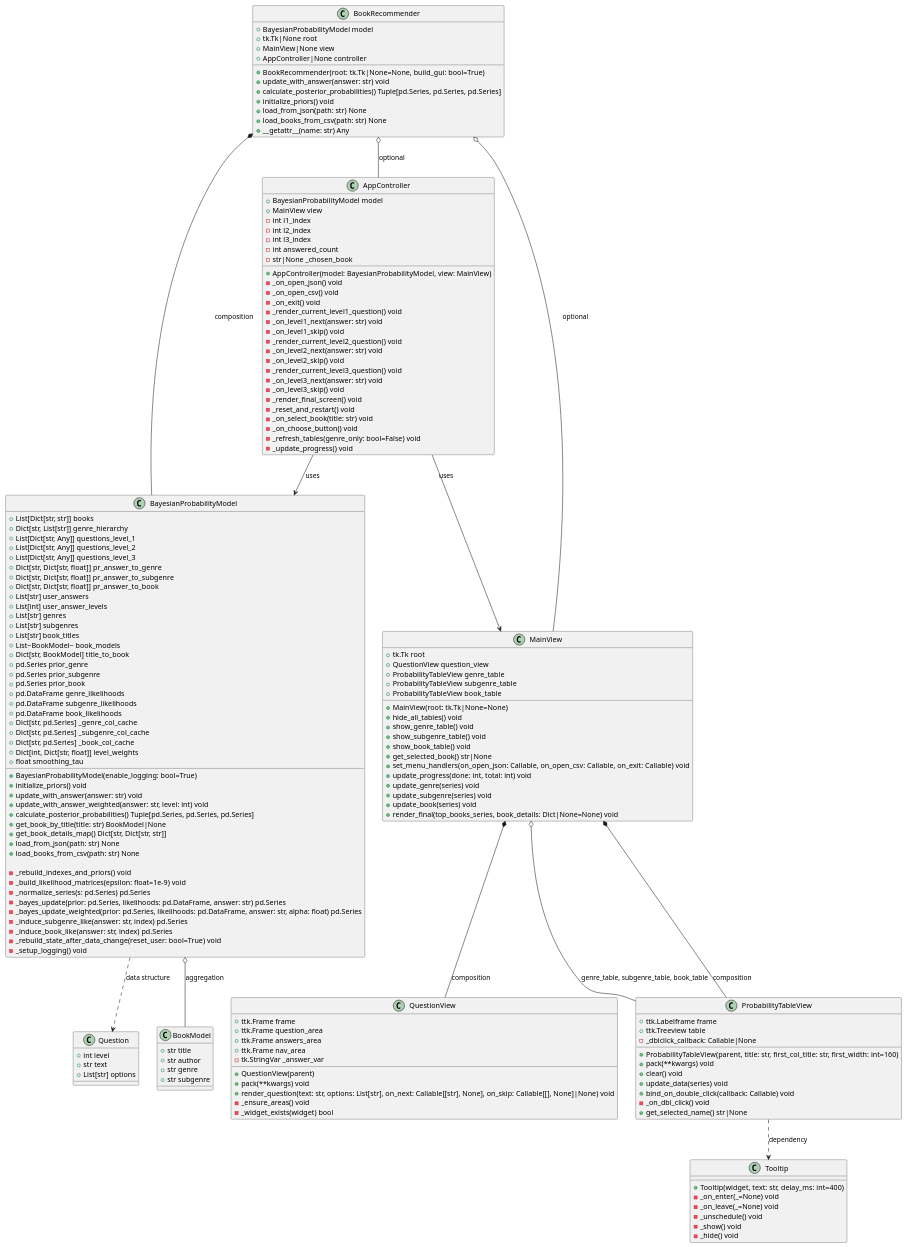
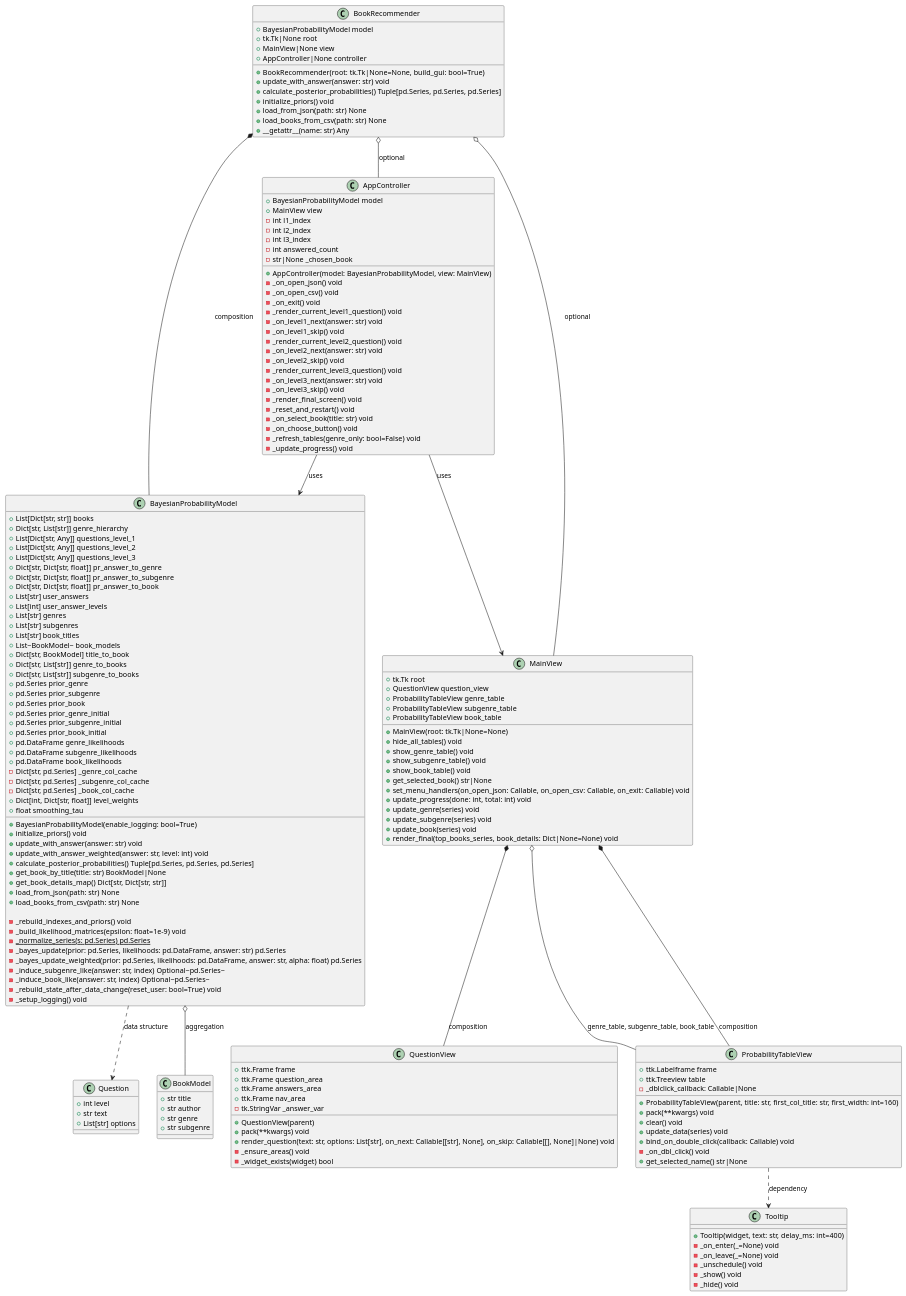
Before and after one commit to valeru19/Decision_support_systems: the diagram in Laba_3_BaiesSystem/UML.puml, drawn with PlantUML.

```diff
--- a/Laba_3_BaiesSystem/UML.puml
+++ b/Laba_3_BaiesSystem/UML.puml
@@ -1,182 +1,187 @@
 @startuml
 
 
 class BookModel {
   +str title
   +str author
   +str genre
   +str subgenre
 }
 
 class Question {
   +int level
   +str text
   +List[str] options
 }
 
 class BayesianProbabilityModel {
   +List[Dict[str, str]] books
   +Dict[str, List[str]] genre_hierarchy
   +List[Dict[str, Any]] questions_level_1
   +List[Dict[str, Any]] questions_level_2
   +List[Dict[str, Any]] questions_level_3
   +Dict[str, Dict[str, float]] pr_answer_to_genre
   +Dict[str, Dict[str, float]] pr_answer_to_subgenre
   +Dict[str, Dict[str, float]] pr_answer_to_book
   +List[str] user_answers
   +List[int] user_answer_levels
   +List[str] genres
   +List[str] subgenres
   +List[str] book_titles
   +List~BookModel~ book_models
   +Dict[str, BookModel] title_to_book
+  +Dict[str, List[str]] genre_to_books
+  +Dict[str, List[str]] subgenre_to_books
   +pd.Series prior_genre
   +pd.Series prior_subgenre
   +pd.Series prior_book
+  +pd.Series prior_genre_initial
+  +pd.Series prior_subgenre_initial
+  +pd.Series prior_book_initial
   +pd.DataFrame genre_likelihoods
   +pd.DataFrame subgenre_likelihoods
   +pd.DataFrame book_likelihoods
-  +Dict[str, pd.Series] _genre_col_cache
-  +Dict[str, pd.Series] _subgenre_col_cache
-  +Dict[str, pd.Series] _book_col_cache
+  -Dict[str, pd.Series] _genre_col_cache
+  -Dict[str, pd.Series] _subgenre_col_cache
+  -Dict[str, pd.Series] _book_col_cache
   +Dict[int, Dict[str, float]] level_weights
   +float smoothing_tau
 
   +BayesianProbabilityModel(enable_logging: bool=True)
   +initialize_priors() void
   +update_with_answer(answer: str) void
   +update_with_answer_weighted(answer: str, level: int) void
   +calculate_posterior_probabilities() Tuple[pd.Series, pd.Series, pd.Series]
   +get_book_by_title(title: str) BookModel|None
   +get_book_details_map() Dict[str, Dict[str, str]]
   +load_from_json(path: str) None
   +load_books_from_csv(path: str) None
 
   -_rebuild_indexes_and_priors() void
   -_build_likelihood_matrices(epsilon: float=1e-9) void
-  -_normalize_series(s: pd.Series) pd.Series
+  {static} -_normalize_series(s: pd.Series) pd.Series
   -_bayes_update(prior: pd.Series, likelihoods: pd.DataFrame, answer: str) pd.Series
   -_bayes_update_weighted(prior: pd.Series, likelihoods: pd.DataFrame, answer: str, alpha: float) pd.Series
-  -_induce_subgenre_like(answer: str, index) pd.Series
-  -_induce_book_like(answer: str, index) pd.Series
+  -_induce_subgenre_like(answer: str, index) Optional~pd.Series~
+  -_induce_book_like(answer: str, index) Optional~pd.Series~
   -_rebuild_state_after_data_change(reset_user: bool=True) void
   -_setup_logging() void
 }
 
 
 class ProbabilityTableView {
   +ttk.Labelframe frame
   +ttk.Treeview table
   -_dblclick_callback: Callable|None
 
   +ProbabilityTableView(parent, title: str, first_col_title: str, first_width: int=160)
   +pack(**kwargs) void
   +clear() void
   +update_data(series) void
   +bind_on_double_click(callback: Callable) void
   -_on_dbl_click() void
   +get_selected_name() str|None
 }
 
 class QuestionView {
   +ttk.Frame frame
   +ttk.Frame question_area
   +ttk.Frame answers_area
   +ttk.Frame nav_area
   -tk.StringVar _answer_var
 
   +QuestionView(parent)
   +pack(**kwargs) void
   +render_question(text: str, options: List[str], on_next: Callable[[str], None], on_skip: Callable[[], None]|None) void
   -_ensure_areas() void
   -_widget_exists(widget) bool
 }
 
 class MainView {
   +tk.Tk root
   +QuestionView question_view
   +ProbabilityTableView genre_table
   +ProbabilityTableView subgenre_table
   +ProbabilityTableView book_table
 
   +MainView(root: tk.Tk|None=None)
   +hide_all_tables() void
   +show_genre_table() void
   +show_subgenre_table() void
   +show_book_table() void
   +get_selected_book() str|None
   +set_menu_handlers(on_open_json: Callable, on_open_csv: Callable, on_exit: Callable) void
   +update_progress(done: int, total: int) void
   +update_genre(series) void
   +update_subgenre(series) void
   +update_book(series) void
   +render_final(top_books_series, book_details: Dict|None=None) void
 }
 
 class Tooltip {
   +Tooltip(widget, text: str, delay_ms: int=400)
   -_on_enter(_=None) void
   -_on_leave(_=None) void
   -_unschedule() void
   -_show() void
   -_hide() void
 }
 
 class AppController {
   +BayesianProbabilityModel model
   +MainView view
   -int l1_index
   -int l2_index
   -int l3_index
   -int answered_count
   -str|None _chosen_book
 
   +AppController(model: BayesianProbabilityModel, view: MainView)
   -_on_open_json() void
   -_on_open_csv() void
   -_on_exit() void
   -_render_current_level1_question() void
   -_on_level1_next(answer: str) void
   -_on_level1_skip() void
   -_render_current_level2_question() void
   -_on_level2_next(answer: str) void
   -_on_level2_skip() void
   -_render_current_level3_question() void
   -_on_level3_next(answer: str) void
   -_on_level3_skip() void
   -_render_final_screen() void
   -_reset_and_restart() void
   -_on_select_book(title: str) void
   -_on_choose_button() void
   -_refresh_tables(genre_only: bool=False) void
   -_update_progress() void
 }
 
 class BookRecommender {
   +BayesianProbabilityModel model
   +tk.Tk|None root
   +MainView|None view
   +AppController|None controller
 
   +BookRecommender(root: tk.Tk|None=None, build_gui: bool=True)
   +update_with_answer(answer: str) void
   +calculate_posterior_probabilities() Tuple[pd.Series, pd.Series, pd.Series]
   +initialize_priors() void
   +load_from_json(path: str) None
   +load_books_from_csv(path: str) None
   +__getattr__(name: str) Any
 }
 
 
 AppController --> BayesianProbabilityModel : uses
 AppController --> MainView : uses
 MainView *-- QuestionView : composition
 MainView *-- ProbabilityTableView : composition
 MainView o-- ProbabilityTableView : genre_table, subgenre_table, book_table
 ProbabilityTableView ..> Tooltip : dependency
 BookRecommender *-- BayesianProbabilityModel : composition
 BookRecommender o-- MainView : optional
 BookRecommender o-- AppController : optional
 BayesianProbabilityModel o-- BookModel : aggregation
 BayesianProbabilityModel ..> Question : data structure
 @enduml
```
